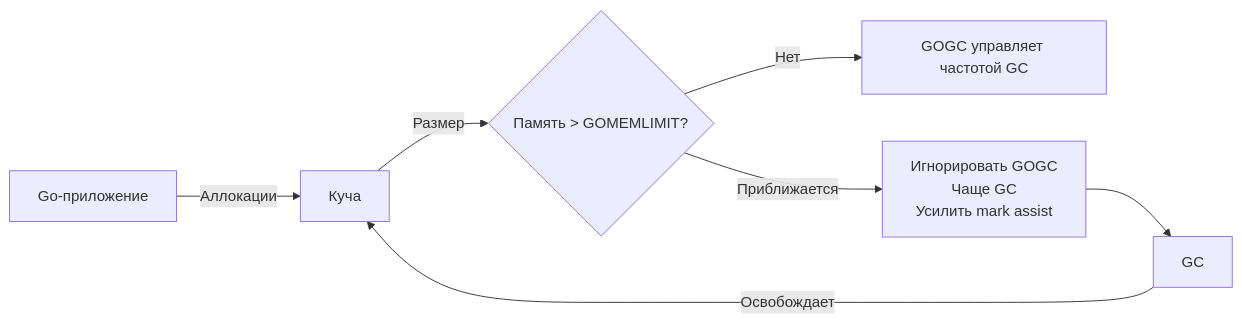
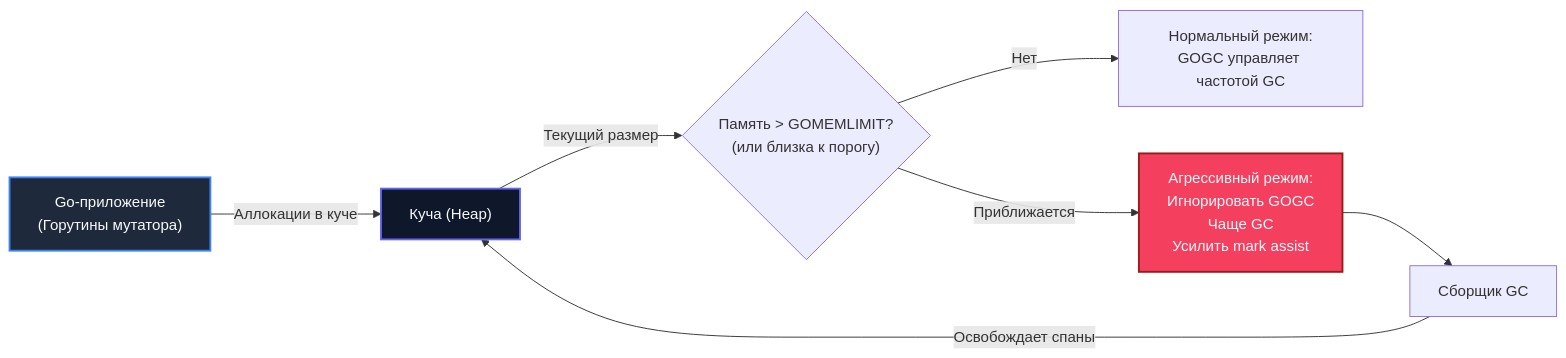
The diagram in sources/16. Профилирование, отладка и производительность/05. Garbage Collector/8. GOMEMLIMIT.md (UnrealTemplier/go-textbook), drawn with Mermaid before and after one commit. The commit also changed other lines of this file, not shown here.

Commit message:
feat(module-16): editorial rewrite of lecture 8 (GOMEMLIMIT) in Subsection 05 in Kernighan style

````diff
--- a/sources/16. Профилирование, отладка и производительность/05. Garbage Collector/8. GOMEMLIMIT.md
+++ b/sources/16. Профилирование, отладка и производительность/05. Garbage Collector/8. GOMEMLIMIT.md
@@ -19,9 +26,13 @@
 ```mermaid
 flowchart LR
-    App["Go-приложение"] -->|"Аллокации"| Heap["Куча"]
-    GC["GC"] -->|"Освобождает"| Heap
-    Heap -->|"Размер"| Check{"Память > GOMEMLIMIT?"}
-    Check -- "Нет" --> Normal["GOGC управляет частотой GC"]
-    Check -- "Приближается" --> Aggressive["Игнорировать GOGC<br>Чаще GC<br>Усилить mark assist"]
+    App["Go-приложение<br>(Горутины мутатора)"] -->|"Аллокации в куче"| Heap["Куча (Heap)"]
+    GC["Сборщик GC"] -->|"Освобождает спаны"| Heap
+    Heap -->|"Текущий размер"| Check{"Память > GOMEMLIMIT?<br>(или близка к порогу)"}
+    Check -- "Нет" --> Normal["Нормальный режим:<br>GOGC управляет частотой GC"]
+    Check -- "Приближается" --> Aggressive["Агрессивный режим:<br>Игнорировать GOGC<br>Чаще GC<br>Усилить mark assist"]
     Aggressive --> GC
+
+    style App fill:#1e293b,stroke:#3b82f6,stroke-width:2px,color:#f8fafc
+    style Heap fill:#0f172a,stroke:#6366f1,stroke-width:2px,color:#f8fafc
+    style Aggressive fill:#f43f5e,stroke:#991b1b,stroke-width:2px,color:#f8fafc
 ```
````
